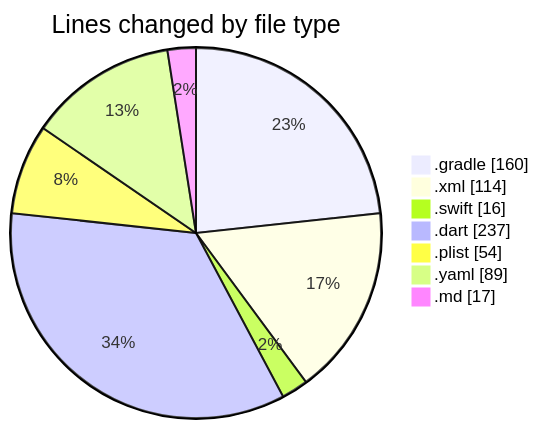
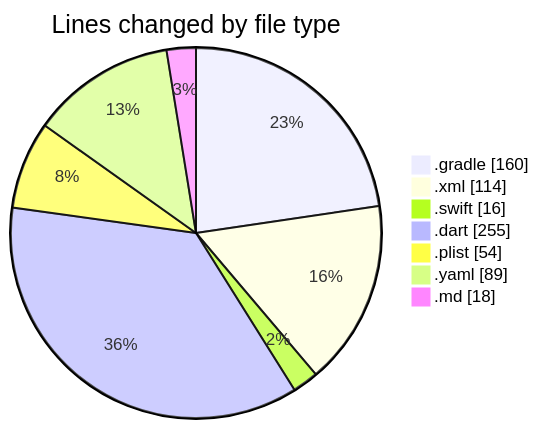
One commit to donsfak/code-tracking changed the first of 2 diagrams in 2025-01-01/uber_clone/README.md. Above: the diagram before and after it, drawn with Mermaid. The commit also changed other lines of this file and 1 other file, not shown here.

````diff
--- a/2025-01-01/uber_clone/README.md
+++ b/2025-01-01/uber_clone/README.md
@@ -29,11 +29,11 @@
 ```mermaid
 pie showData
 title Lines changed by file type
 ".gradle" : 160
 ".xml" : 114
 ".swift" : 16
-".dart" : 237
+".dart" : 255
 ".plist" : 54
 ".yaml" : 89
-".md" : 17
+".md" : 18
 ```
````
